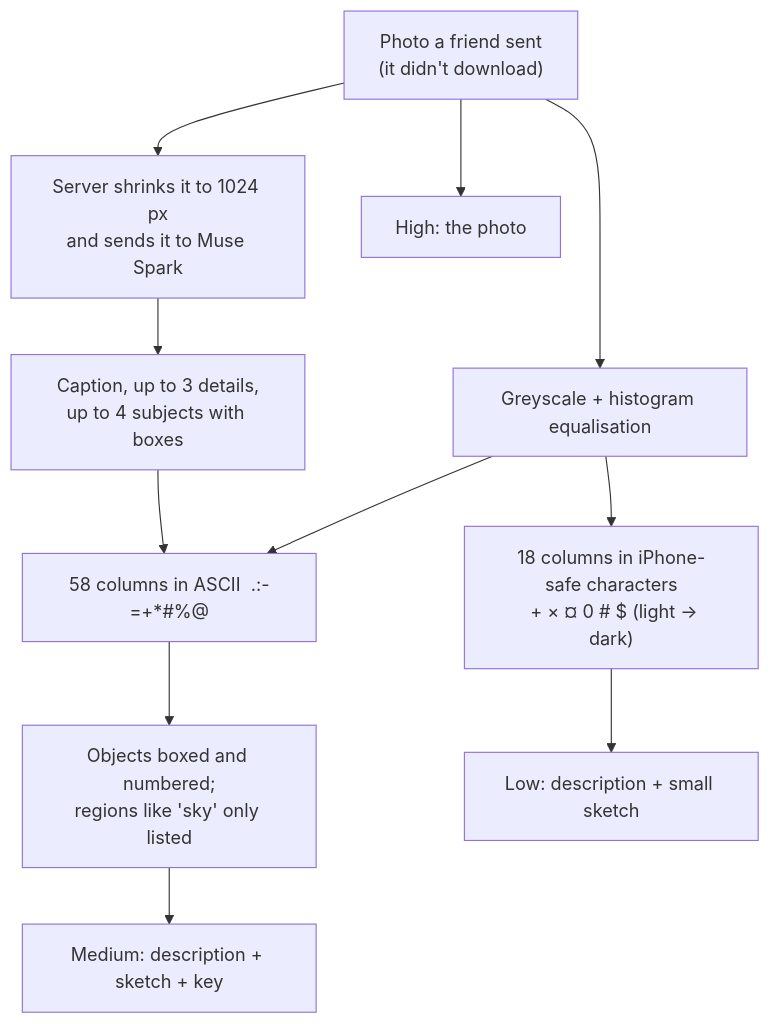
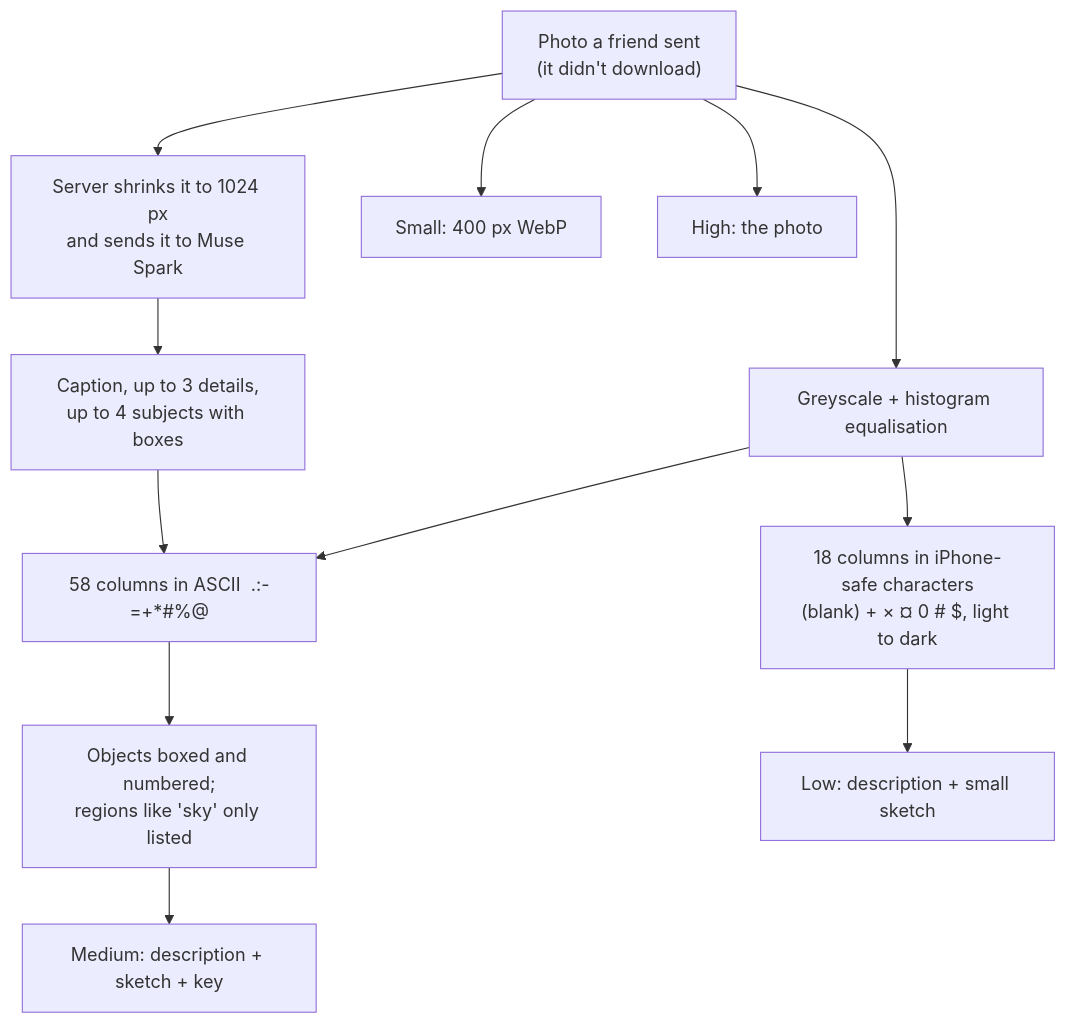
The fourth of 7 diagrams in README.md (JacobOuyang/MapsImagesText), drawn with Mermaid before and after one commit. The commit also changed other lines of this file and 19 other files, not shown here.

````diff
--- a/README.md
+++ b/README.md
@@ -315,13 +479,14 @@
 ```mermaid
 flowchart TD
   A["Photo a friend sent<br/>(it didn't download)"] --> B["Server shrinks it to 1024 px<br/>and sends it to Muse Spark"]
   B --> C["Caption, up to 3 details,<br/>up to 4 subjects with boxes"]
   A --> D["Greyscale + histogram equalisation"]
-  D --> E1["18 columns in iPhone-safe characters<br/>  + × ¤ 0 # $ (light → dark)"]
+  D --> E1["18 columns in iPhone-safe characters<br/>(blank) + × ¤ 0 # $, light to dark"]
   D --> E2["58 columns in ASCII  .:-=+*#%@"]
   C --> E2
   E2 --> F["Objects boxed and numbered;<br/>regions like 'sky' only listed"]
   E1 --> L["Low: description + small sketch"]
   F --> M["Medium: description + sketch + key"]
+  A --> SM["Small: 400 px WebP"]
   A --> H["High: the photo"]
 ```
````
